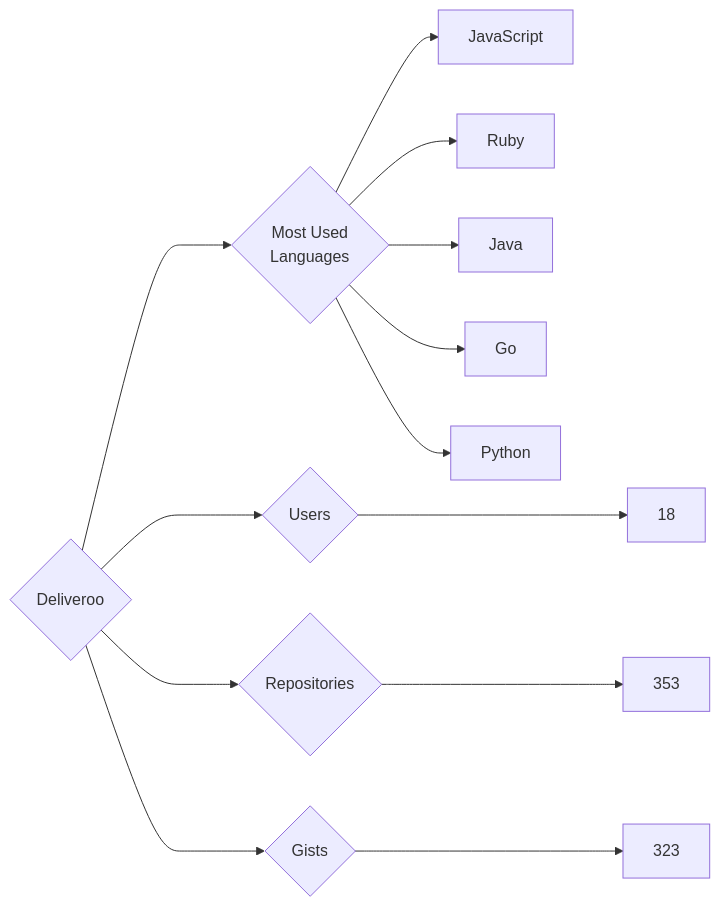
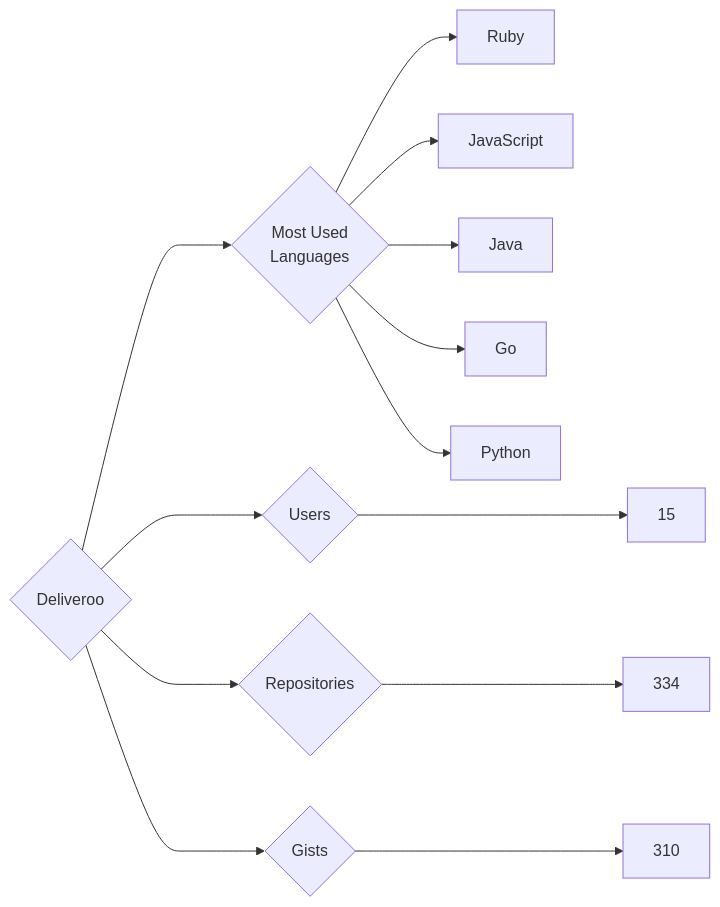
The diagram in targets/Deliveroo/README.md (trickest/insiders), drawn with Mermaid before and after one commit. The commit also changed 809 other files, not shown here.

````diff
--- a/targets/Deliveroo/README.md
+++ b/targets/Deliveroo/README.md
@@ -3,13 +3,13 @@
 ```mermaid
 graph LR
 COMPANY_NAME{Deliveroo}
-COMPANY_NAME ---> U{Users} ---> UN[18]
-COMPANY_NAME ---> R{Repositories} ---> RN[353]
-COMPANY_NAME ---> G{Gists} ---> GN[323]
+COMPANY_NAME ---> U{Users} ---> UN[15]
+COMPANY_NAME ---> R{Repositories} ---> RN[334]
+COMPANY_NAME ---> G{Gists} ---> GN[310]
 COMPANY_NAME ---> ML{Most Used<br>Languages}
+ML --> Ruby[Ruby]
 ML --> JavaScript[JavaScript]
-ML --> Ruby[Ruby]
 ML --> Java[Java]
 ML --> Go[Go]
 ML --> Python[Python]
 ```
````
